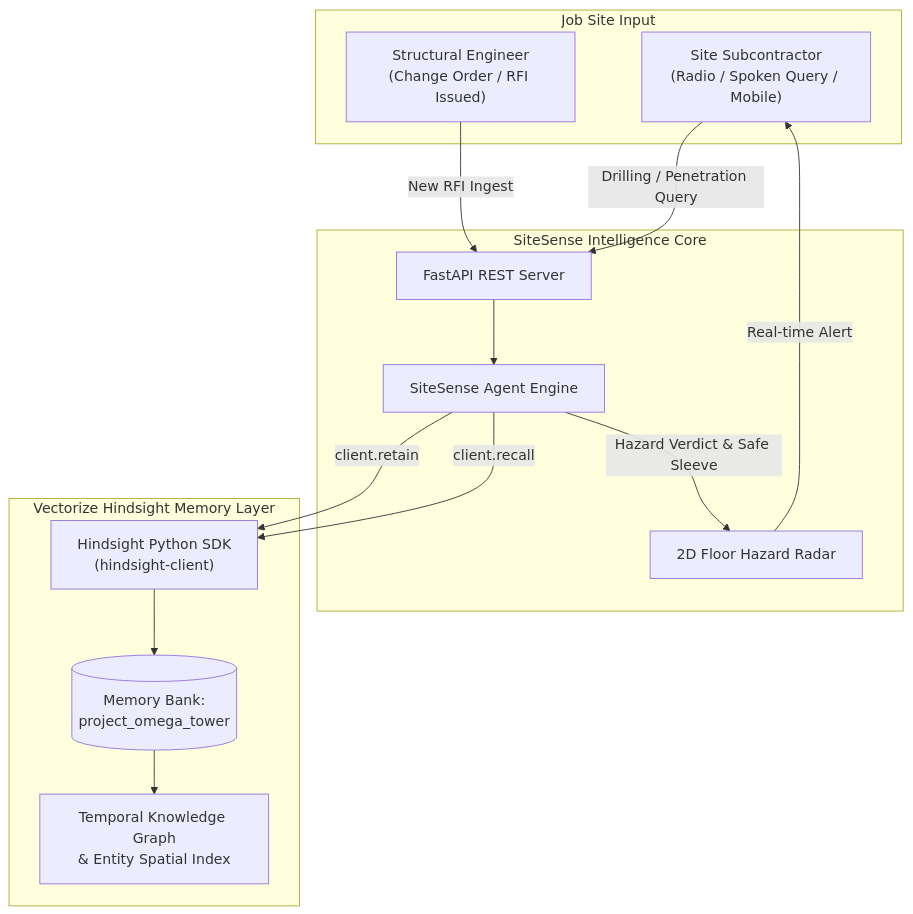
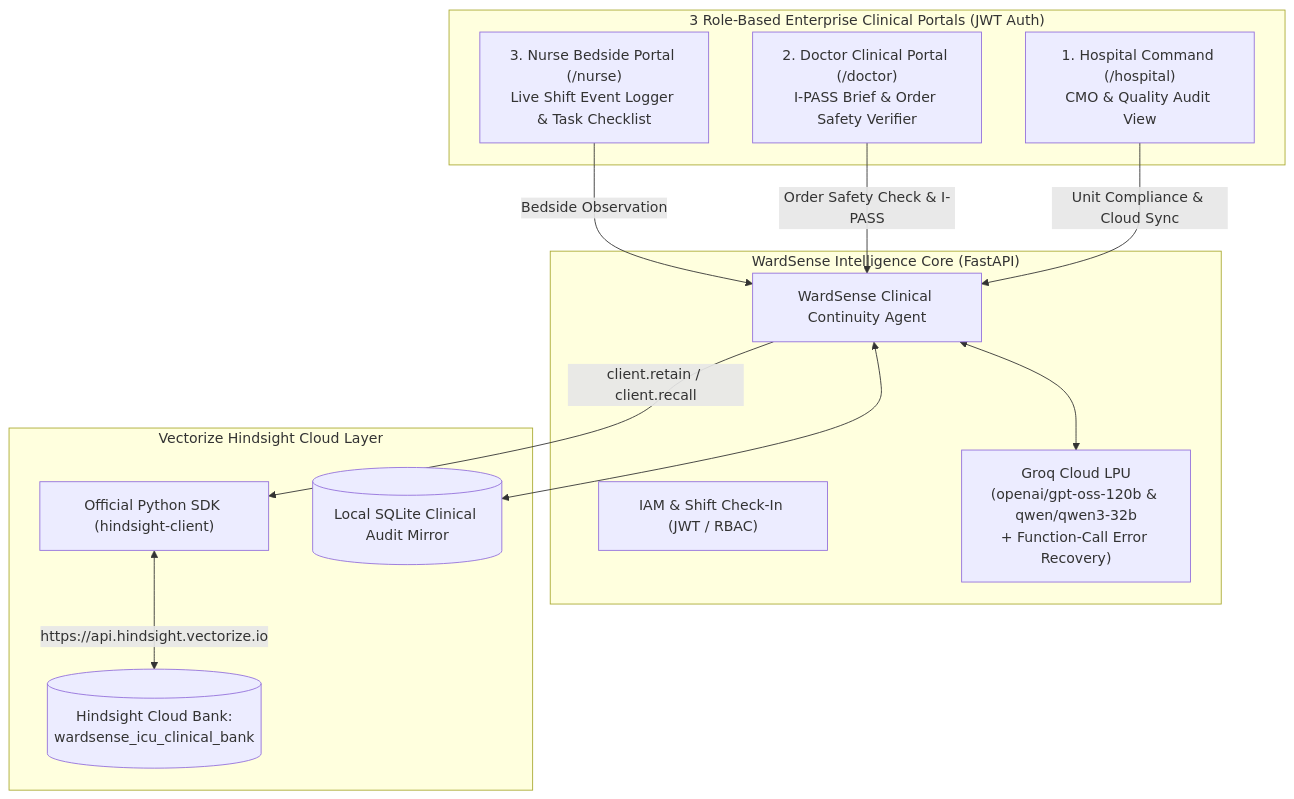
Before and after one commit to luvkushh/wardsense-icu: the diagram in README.md, drawn with Mermaid. The commit also changed other lines of this file and 33 other files, not shown here.

Commit message:
feat: WardSense ICU clinical continuity agent with Hindsight memory

````diff
--- a/README.md
+++ b/README.md
@@ -32,29 +22,28 @@
 ```mermaid
 flowchart TD
-    subgraph Field["Job Site Input"]
-        Worker["Site Subcontractor\n(Radio / Spoken Query / Mobile)"]
-        Engineer["Structural Engineer\n(Change Order / RFI Issued)"]
+    subgraph Portals["3 Role-Based Enterprise Clinical Portals (JWT Auth)"]
+        Hosp["1. Hospital Command (/hospital)\nCMO & Quality Audit View"]
+        Doc["2. Doctor Clinical Portal (/doctor)\nI-PASS Brief & Order Safety Verifier"]
+        Nurse["3. Nurse Bedside Portal (/nurse)\nLive Shift Event Logger & Task Checklist"]
     end
 
-    subgraph Core["SiteSense Intelligence Core"]
-        Agent["SiteSense Agent Engine"]
-        FastAPI["FastAPI REST Server"]
-        HazardRadar["2D Floor Hazard Radar"]
+    subgraph Engine["WardSense Intelligence Core (FastAPI)"]
+        Auth["IAM & Shift Check-In (JWT / RBAC)"]
+        Agent["WardSense Clinical Continuity Agent"]
+        Groq["Groq Cloud LPU\n(openai/gpt-oss-120b & qwen/qwen3-32b\n+ Function-Call Error Recovery)"]
     end
 
-    subgraph Memory["Vectorize Hindsight Memory Layer"]
-        HClient["Hindsight Python SDK\n(hindsight-client)"]
-        Bank[("Memory Bank:\nproject_omega_tower")]
-        TemporalGraph["Temporal Knowledge Graph\n& Entity Spatial Index"]
+    subgraph Memory["Vectorize Hindsight Cloud Layer"]
+        SDK["Official Python SDK (hindsight-client)"]
+        Bank[("Hindsight Cloud Bank:\nwardsense_icu_clinical_bank")]
+        Mirror[("Local SQLite Clinical Audit Mirror")]
     end
 
-    Engineer -->|New RFI Ingest| FastAPI
-    Worker -->|Drilling / Penetration Query| FastAPI
-    FastAPI --> Agent
-    Agent -->|client.retain| HClient
-    Agent -->|client.recall| HClient
-    HClient --> Bank
-    Bank --> TemporalGraph
-    Agent -->|Hazard Verdict & Safe Sleeve| HazardRadar
-    HazardRadar -->|Real-time Alert| Worker
+    Nurse -->|Bedside Observation| Agent
+    Doc -->|Order Safety Check & I-PASS| Agent
+    Hosp -->|Unit Compliance & Cloud Sync| Agent
+    Agent -->|client.retain / client.recall| SDK
+    SDK <-->|https://api.hindsight.vectorize.io| Bank
+    Agent <--> Mirror
+    Agent <--> Groq
 ```
````
